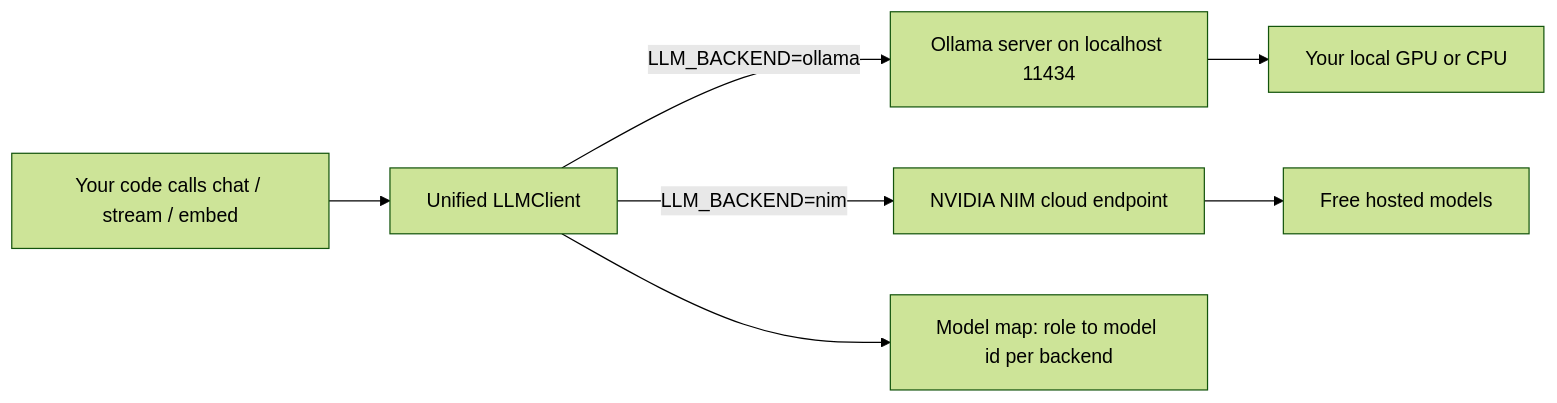
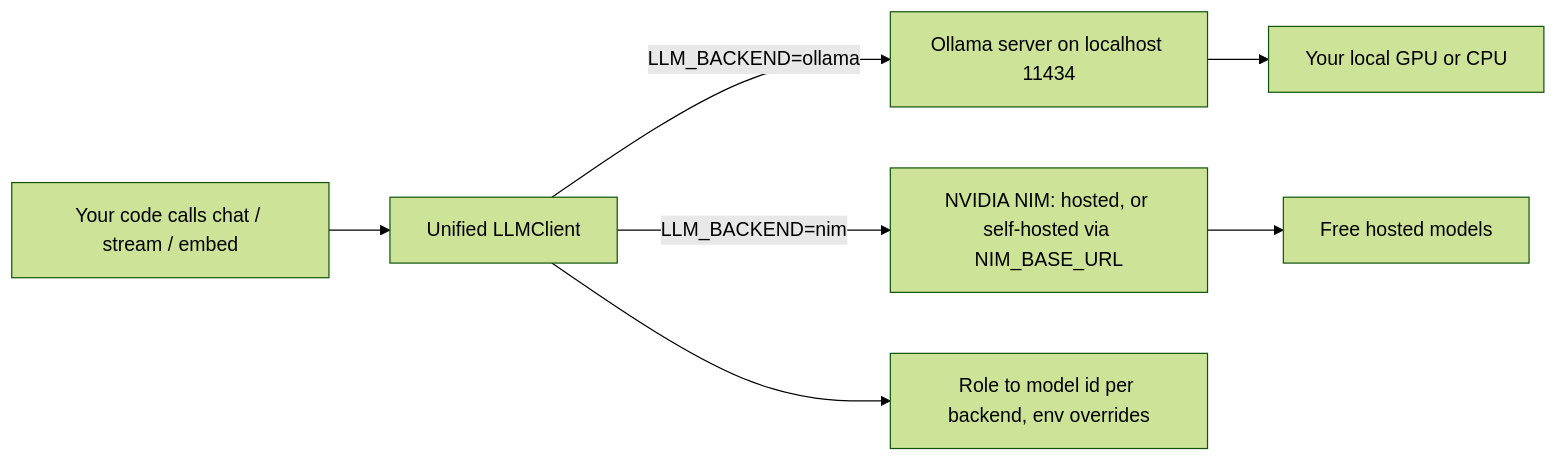
One commit to AleBrito124356/ollama-local-llm-kit changed the first of 2 diagrams in README.md. Above: the diagram before and after it, drawn with Mermaid (forest theme). The commit also changed other lines of this file and 5 other files, not shown here.

````diff
--- a/README.md
+++ b/README.md
@@ -36,9 +38,9 @@
 ```mermaid
 flowchart LR
     Code[Your code calls chat / stream / embed] --> Client[Unified LLMClient]
     Client -->|LLM_BACKEND=ollama| Ollama[Ollama server on localhost 11434]
-    Client -->|LLM_BACKEND=nim| NIM[NVIDIA NIM cloud endpoint]
+    Client -->|LLM_BACKEND=nim| NIM[NVIDIA NIM: hosted, or self-hosted via NIM_BASE_URL]
     Ollama --> GPU[Your local GPU or CPU]
     NIM --> Hosted[Free hosted models]
-    Client --> Map[Model map: role to model id per backend]
+    Client --> Map[Role to model id per backend, env overrides]
 ```
````
